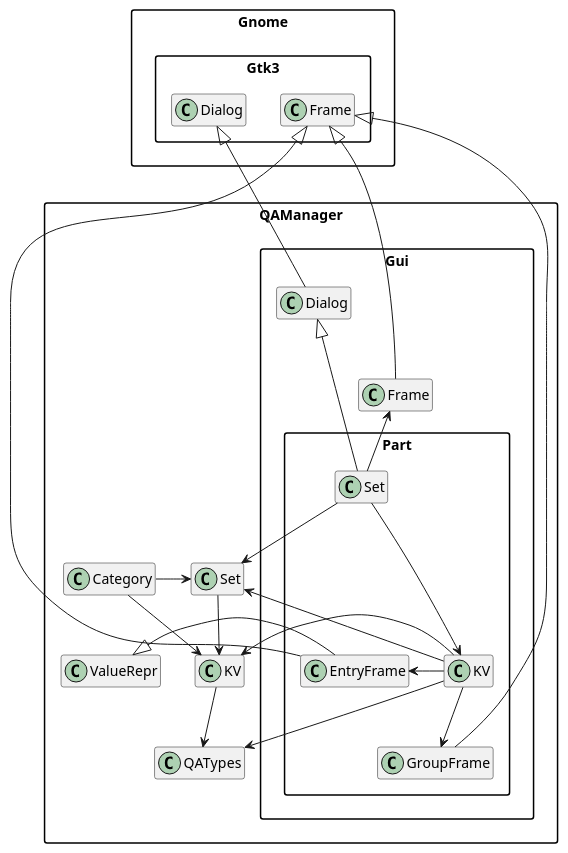
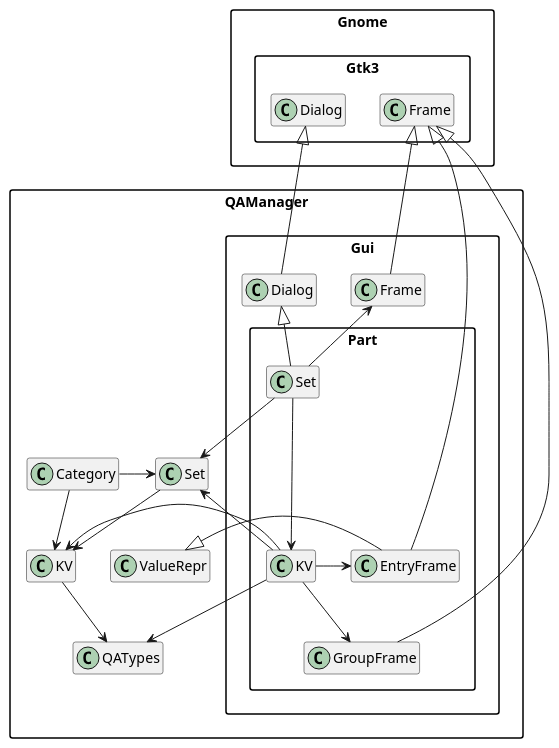
One commit to MARTIMM/qa-manager changed the diagram in doc/plantuml/structure-demodialog.md. Above: the diagram before and after it, drawn with PlantUML. The commit also changed 4 other files, not shown here.

Commit message:
uml notes

````diff
--- a/doc/plantuml/structure-demodialog.md
+++ b/doc/plantuml/structure-demodialog.md
@@ -1,40 +1,37 @@
 ```plantuml
 @startuml
 'scale 0.9
 skinparam packageStyle rectangle
 set namespaceSeparator ::
 hide members
+
+'title the set demo dialog
 
 QAManager::Category -> QAManager::Set
 QAManager::Category --> QAManager::KV
 
 QAManager::Set --> QAManager::KV
 
 QAManager::KV --> QAManager::QATypes
 
-Gnome::Gtk3::Dialog <|--- QAManager::Gui::Dialog
-'QAManager::Gui::Dialog <|-- QAManager::Gui::DemoDialog
-'QAManager::Gui::DemoDialog <|-- QAManager::Gui::Part::Set
-QAManager::Gui::Dialog <|--- QAManager::Gui::Part::Set
+Gnome::Gtk3::Dialog <|-- QAManager::Gui::Dialog
+QAManager::Gui::Dialog <|-- QAManager::Gui::Part::Set
 
 QAManager::Gui::Part::Set --> QAManager::Set
-'QAManager::Gui::Part::Set --> QAManager::KV
 QAManager::Gui::Part::Set ---> QAManager::Gui::Part::KV
 
-'QAManager::Gui::Part::Set --> QAManager::Gui::Frame
 QAManager::Gui::Frame <-- QAManager::Gui::Part::Set
 Gnome::Gtk3::Frame <|-- QAManager::Gui::Frame
 
 QAManager::Gui::Part::KV --> QAManager::QATypes
 QAManager::Gui::Part::KV -> QAManager::KV
 QAManager::Set <-- QAManager::Gui::Part::KV
 QAManager::Gui::Part::KV --> QAManager::Gui::Part::GroupFrame
 QAManager::Gui::Part::KV -> QAManager::Gui::Part::EntryFrame
 
 Gnome::Gtk3::Frame <|-- QAManager::Gui::Part::GroupFrame
 Gnome::Gtk3::Frame <|-- QAManager::Gui::Part::EntryFrame
 QAManager::Gui::Part::EntryFrame -|> QAManager::ValueRepr
-'QAManager::ValueRepr <|- QAManager::Gui::Part::EntryFrame
 
 @enduml
 ```
````
